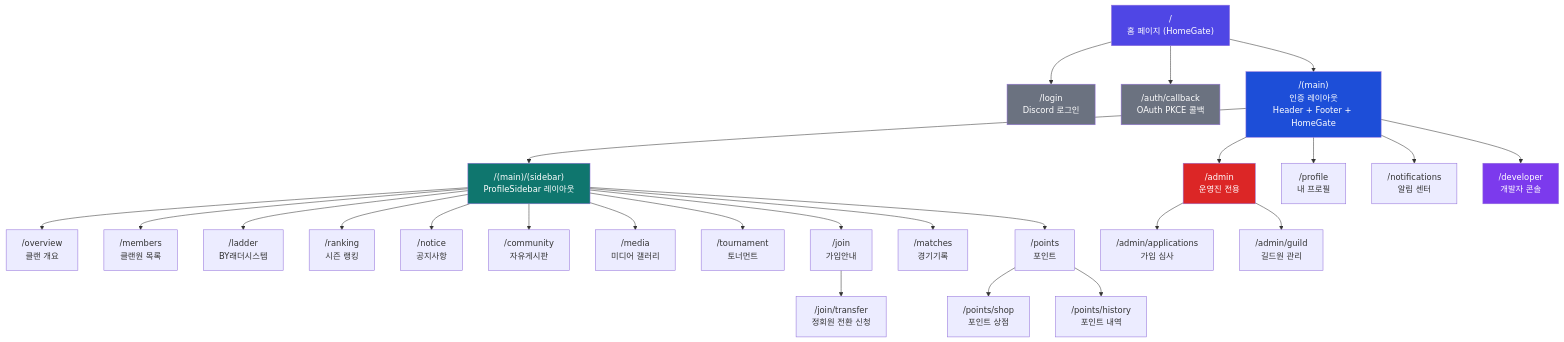
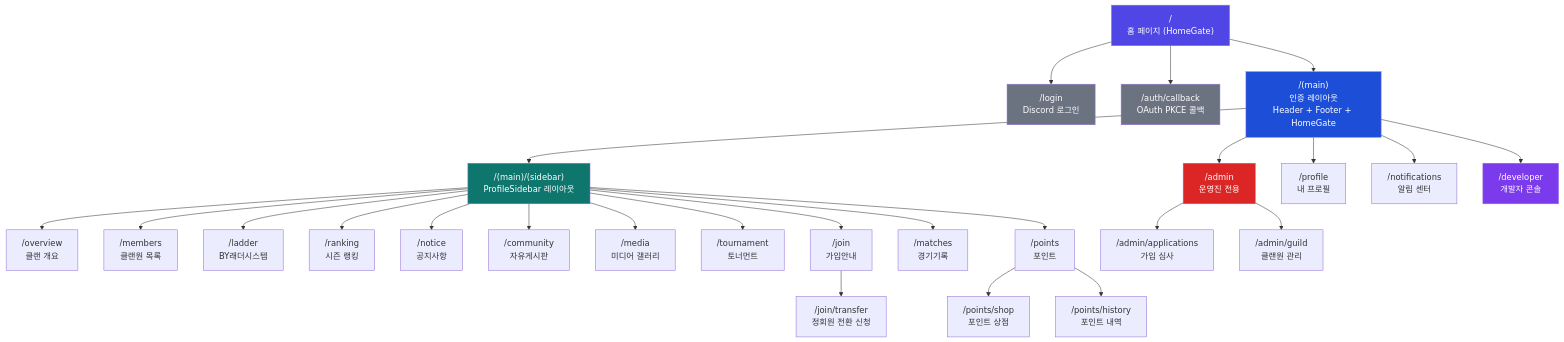
One commit to gkfla0720a/byclan-web changed the eighth of 8 diagrams in docs/VISUAL-DIAGRAMS.md. Above: the diagram before and after it, drawn with Mermaid. The commit also changed other lines of this file and 34 other files, not shown here.

````diff
--- a/docs/VISUAL-DIAGRAMS.md
+++ b/docs/VISUAL-DIAGRAMS.md
@@ -373,41 +371,41 @@
 ```mermaid
 graph TD
     ROOT["/\n홈 페이지 (HomeGate)"]
 
     ROOT --> LOGIN["/login\nDiscord 로그인"]
     ROOT --> CALLBACK["/auth/callback\nOAuth PKCE 콜백"]
     ROOT --> MAIN["/(main)\n인증 레이아웃\nHeader + Footer + HomeGate"]
 
     MAIN --> SIDEBAR["/(main)/(sidebar)\nProfileSidebar 레이아웃"]
     MAIN --> ADMIN["/admin\n운영진 전용"]
     MAIN --> PROFILE["/profile\n내 프로필"]
     MAIN --> NOTIF["/notifications\n알림 센터"]
     MAIN --> DEV["/developer\n개발자 콘솔"]
 
     SIDEBAR --> OV["/overview\n클랜 개요"]
     SIDEBAR --> MEM["/members\n클랜원 목록"]
     SIDEBAR --> LADDER["/ladder\nBY래더시스템"]
     SIDEBAR --> RANK["/ranking\n시즌 랭킹"]
     SIDEBAR --> NOTICE["/notice\n공지사항"]
     SIDEBAR --> COMM["/community\n자유게시판"]
     SIDEBAR --> MEDIA["/media\n미디어 갤러리"]
     SIDEBAR --> TOUR["/tournament\n토너먼트"]
     SIDEBAR --> JOIN["/join\n가입안내"]
     SIDEBAR --> MATCH["/matches\n경기기록"]
     SIDEBAR --> POINTS["/points\n포인트"]
 
     JOIN --> TRANSFER["/join/transfer\n정회원 전환 신청"]
     POINTS --> SHOP["/points/shop\n포인트 상점"]
     POINTS --> HIST["/points/history\n포인트 내역"]
 
     ADMIN --> APPS["/admin/applications\n가입 심사"]
-    ADMIN --> GUILD["/admin/guild\n길드원 관리"]
+    ADMIN --> GUILD["/admin/guild\n클랜원 관리"]
 
     style ROOT fill:#4f46e5,color:#fff
     style MAIN fill:#1d4ed8,color:#fff
     style SIDEBAR fill:#0f766e,color:#fff
     style ADMIN fill:#dc2626,color:#fff
     style DEV fill:#7c3aed,color:#fff
     style LOGIN fill:#6b7280,color:#fff
     style CALLBACK fill:#6b7280,color:#fff
 ```
````
